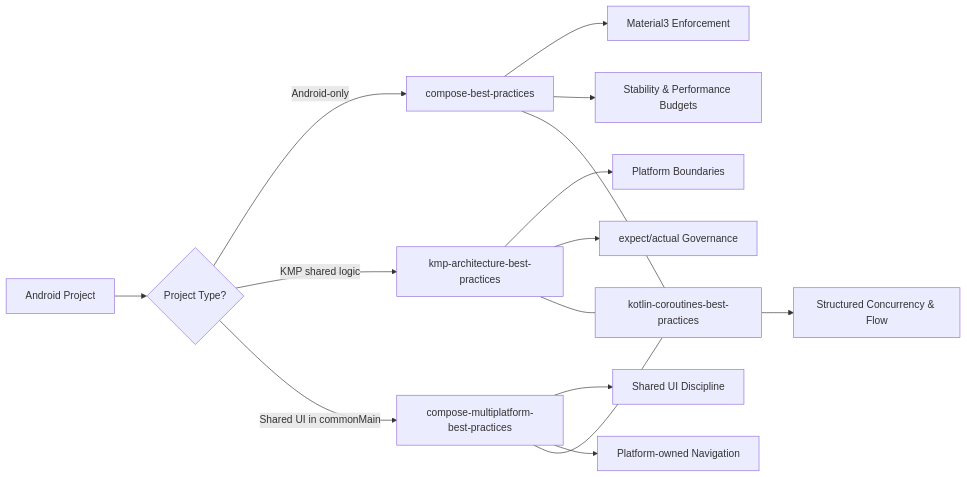
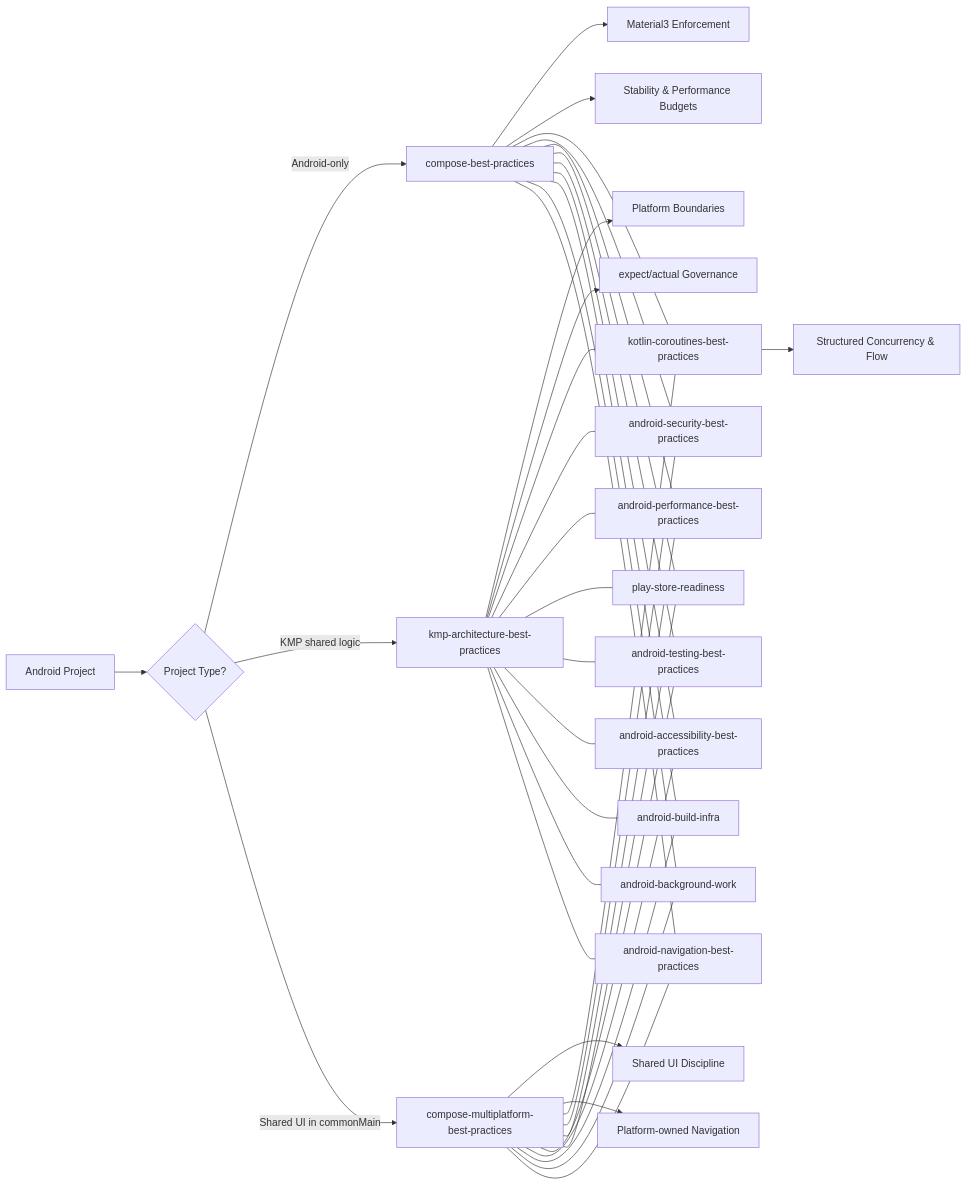
Before and after one commit to noloman/Android-AI-skills: the first of 3 diagrams in README.md, drawn with Mermaid. The commit also changed other lines of this file and 51 other files, not shown here.

````diff
--- a/README.md
+++ b/README.md
@@ -57,23 +65,63 @@
 ```mermaid
 flowchart LR
     A[Android Project] --> B{Project Type?}
 
     B -->|Android-only| C[compose-best-practices]
     B -->|KMP shared logic| D[kmp-architecture-best-practices]
     B -->|Shared UI in commonMain| E[compose-multiplatform-best-practices]
 
     C --> F[Material3 Enforcement]
     C --> G[Stability & Performance Budgets]
 
     D --> H[Platform Boundaries]
     D --> I[expect/actual Governance]
 
     E --> J[Shared UI Discipline]
     E --> K[Platform-owned Navigation]
 
     L[kotlin-coroutines-best-practices]
     C --- L
     D --- L
     E --- L
     L --> M[Structured Concurrency & Flow]
+
+    N[android-security-best-practices]
+    C --- N
+    D --- N
+    E --- N
+
+    O[android-performance-best-practices]
+    C --- O
+    D --- O
+    E --- O
+
+    P[play-store-readiness]
+    C --- P
+    D --- P
+    E --- P
+
+    Q[android-testing-best-practices]
+    C --- Q
+    D --- Q
+    E --- Q
+
+    R[android-accessibility-best-practices]
+    C --- R
+    D --- R
+    E --- R
+
+    S[android-build-infra]
+    C --- S
+    D --- S
+    E --- S
+
+    T[android-background-work]
+    C --- T
+    D --- T
+    E --- T
+
+    U[android-navigation-best-practices]
+    C --- U
+    D --- U
+    E --- U
 ```
````
